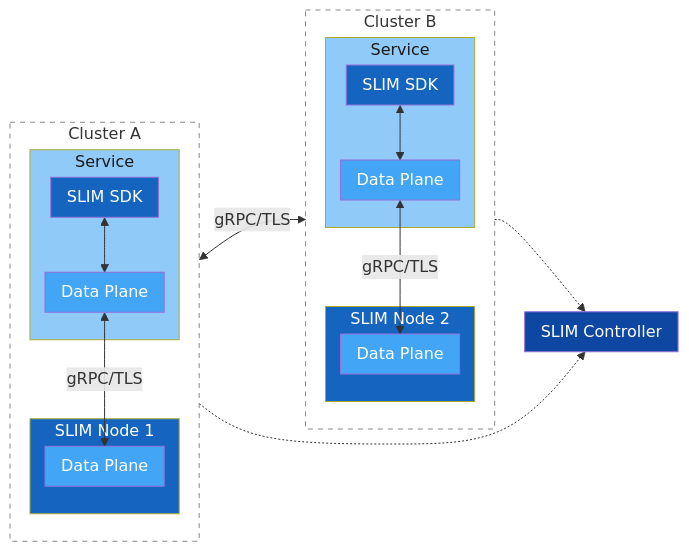
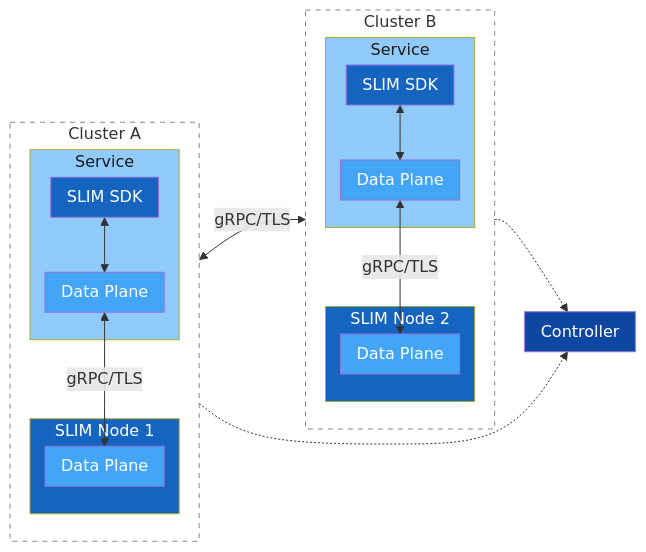
The third of 9 diagrams in presentations/slim-multicluster-demo/slim-multicluster-demo.md (agntcy/blogs), drawn with Mermaid before and after one commit. The commit also changed other lines of this file, not shown here.

````diff
--- a/presentations/slim-multicluster-demo/slim-multicluster-demo.md
+++ b/presentations/slim-multicluster-demo/slim-multicluster-demo.md
@@ -165,47 +165,47 @@
 ```mermaid
 %%{init: {'flowchart': {'nodeSpacing': 10, 'rankSpacing': 30, 'padding': 8}}}%%
 graph LR
     subgraph ClusterA["Cluster A"]
         direction TB
         subgraph SA["Service"]
             SLA[SLIM SDK]
             DPA[Data Plane]
             SLA <--> DPA
         end
         subgraph SN1["SLIM Node 1"]
             DPN1[Data Plane]
         end
         DPA <-- "gRPC/TLS" --> DPN1
     end
 
     DPN1 <-- "gRPC/TLS" --> DPN2
-    SN1 -.-> CP[SLIM Controller]
+    SN1 -.-> CP[Controller]
     SN2 -.-> CP
 
     subgraph ClusterB["Cluster B"]
         direction TB
         subgraph SB["Service"]
             SLB[SLIM SDK]
             DPB[Data Plane]
             SLB <--> DPB
         end
         subgraph SN2["SLIM Node 2"]
             DPN2[Data Plane]
         end
         DPB <-- "gRPC/TLS" --> DPN2
     end
 
     style CP fill:#0D47A1,color:#fff
     style SA fill:#90CAF9,color:#1a1a1a
     style SB fill:#90CAF9,color:#1a1a1a
     style SLA fill:#1565C0,color:#fff
     style SLB fill:#1565C0,color:#fff
     style DPA fill:#42A5F5,color:#fff
     style DPB fill:#42A5F5,color:#fff
     style SN1 fill:#1565C0,color:#fff
     style SN2 fill:#1565C0,color:#fff
     style DPN1 fill:#42A5F5,color:#fff
     style DPN2 fill:#42A5F5,color:#fff
     style ClusterA fill:none,stroke:#888,stroke-dasharray: 5 5,color:#333
     style ClusterB fill:none,stroke:#888,stroke-dasharray: 5 5,color:#333
 ```
````
